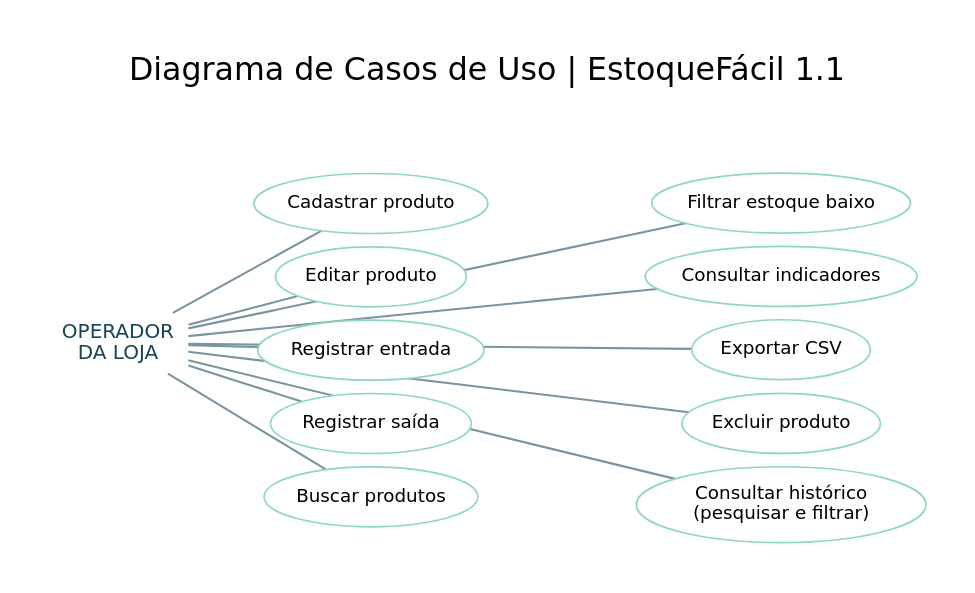
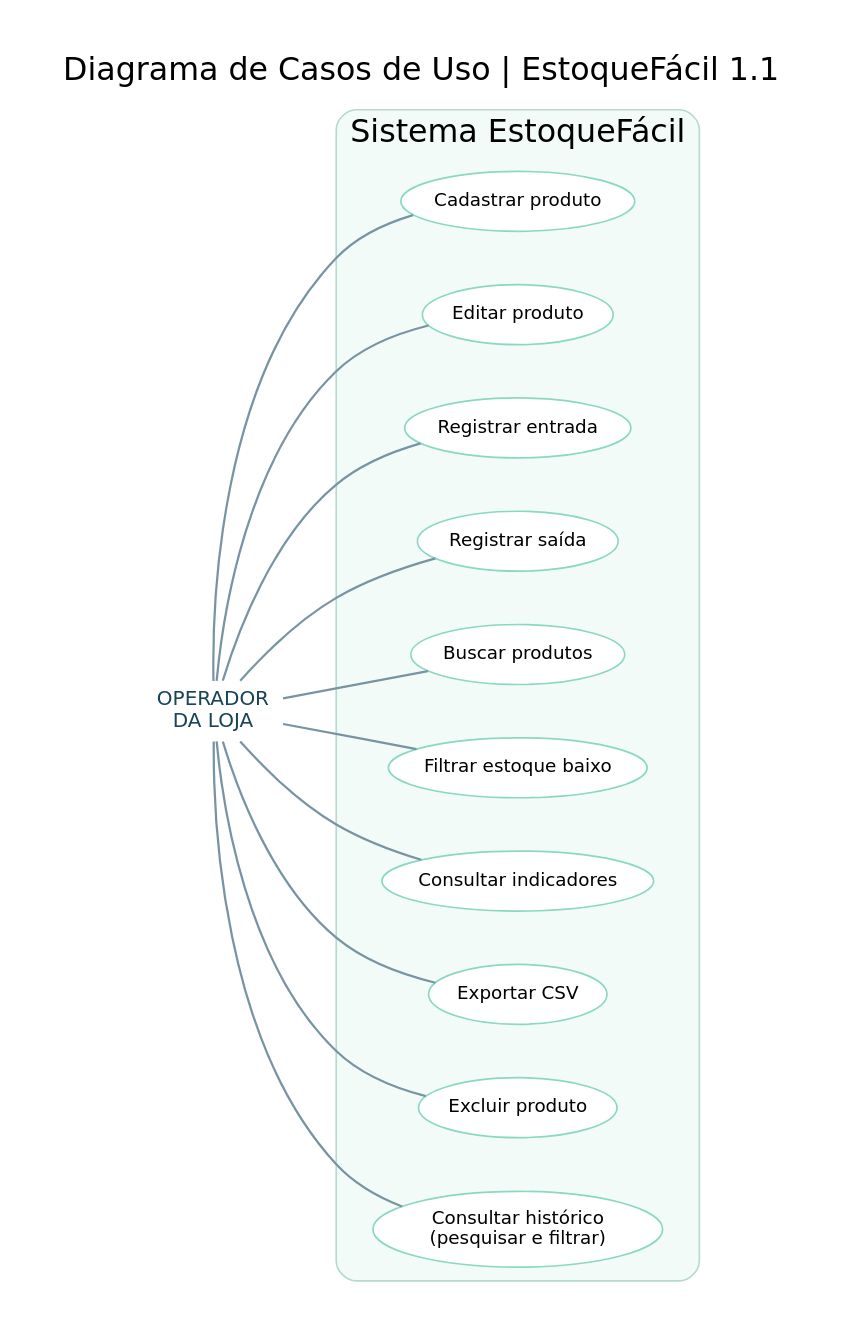
The diagram in docs/casos_de_uso.dot (Josecarlos3052/Estoque-facil), drawn with Graphviz before and after one commit. The commit also changed 4 other files, not shown here.

Commit message:
docs: corrige renderizacao do diagrama de casos de uso

```diff
--- a/docs/casos_de_uso.dot
+++ b/docs/casos_de_uso.dot
@@ -1,19 +1,20 @@
-graph UseCases {
- graph [label="Diagrama de Casos de Uso | EstoqueFácil 1.1",labelloc=t,fontsize=19,fontname="DejaVu Sans",bgcolor="white",pad=.3,layout=neato,overlap=false,splines=line,outputorder=edgesfirst];
+digraph UseCases {
+ graph [label="Diagrama de Casos de Uso | EstoqueFácil 1.1",labelloc=t,fontsize=19,fontname="DejaVu Sans",bgcolor="white",ranksep=.55,nodesep=.45,pad=.3,rankdir=LR];
  node [fontname="DejaVu Sans",fontsize=11];
- edge [color="#7894a3",penwidth=1.25];
- dummy [label="",shape=point,width=0,height=0,style=invis,pos="400,330!"];
- operador [shape=plaintext,label="OPERADOR\nDA LOJA",fontcolor="#184456",fontsize=12,pos="35,155!"];
- cadastrar [label="Cadastrar produto",shape=ellipse,style=filled,fillcolor="white",color="#8bd8c2",pos="220,250!"];
- editar [label="Editar produto",shape=ellipse,style=filled,fillcolor="white",color="#8bd8c2",pos="220,200!"];
- entrada [label="Registrar entrada",shape=ellipse,style=filled,fillcolor="white",color="#8bd8c2",pos="220,150!"];
- saida [label="Registrar saída",shape=ellipse,style=filled,fillcolor="white",color="#8bd8c2",pos="220,100!"];
- buscar [label="Buscar produtos",shape=ellipse,style=filled,fillcolor="white",color="#8bd8c2",pos="220,50!"];
- baixo [label="Filtrar estoque baixo",shape=ellipse,style=filled,fillcolor="white",color="#8bd8c2",pos="520,250!"];
- indicadores [label="Consultar indicadores",shape=ellipse,style=filled,fillcolor="white",color="#8bd8c2",pos="520,200!"];
- csv [label="Exportar CSV",shape=ellipse,style=filled,fillcolor="white",color="#8bd8c2",pos="520,150!"];
- excluir [label="Excluir produto",shape=ellipse,style=filled,fillcolor="white",color="#8bd8c2",pos="520,100!"];
- historico [label="Consultar histórico\n(pesquisar e filtrar)",shape=ellipse,style=filled,fillcolor="white",color="#8bd8c2",pos="520,50!"];
- operador -- cadastrar; operador -- editar; operador -- entrada; operador -- saida; operador -- buscar;
- operador -- baixo; operador -- indicadores; operador -- csv; operador -- excluir; operador -- historico;
+ edge [color="#7894a3",penwidth=1.35,arrowhead=none];
+ operador [shape=plaintext,label="OPERADOR\nDA LOJA",fontcolor="#184456",fontsize=12];
+ subgraph cluster_system {
+  label="Sistema EstoqueFácil";fontname="DejaVu Sans";style="rounded";color="#b7dacf";fillcolor="#f3fbf8";bgcolor="#f3fbf8";
+  cadastrar [label="Cadastrar produto",shape=ellipse,style=filled,fillcolor="white",color="#8bd8c2"];
+  editar [label="Editar produto",shape=ellipse,style=filled,fillcolor="white",color="#8bd8c2"];
+  entrada [label="Registrar entrada",shape=ellipse,style=filled,fillcolor="white",color="#8bd8c2"];
+  saida [label="Registrar saída",shape=ellipse,style=filled,fillcolor="white",color="#8bd8c2"];
+  buscar [label="Buscar produtos",shape=ellipse,style=filled,fillcolor="white",color="#8bd8c2"];
+  baixo [label="Filtrar estoque baixo",shape=ellipse,style=filled,fillcolor="white",color="#8bd8c2"];
+  indicadores [label="Consultar indicadores",shape=ellipse,style=filled,fillcolor="white",color="#8bd8c2"];
+  csv [label="Exportar CSV",shape=ellipse,style=filled,fillcolor="white",color="#8bd8c2"];
+  excluir [label="Excluir produto",shape=ellipse,style=filled,fillcolor="white",color="#8bd8c2"];
+  historico [label="Consultar histórico\n(pesquisar e filtrar)",shape=ellipse,style=filled,fillcolor="white",color="#8bd8c2"];
+ }
+ operador -> {cadastrar editar entrada saida buscar baixo indicadores csv excluir historico};
 }
```
